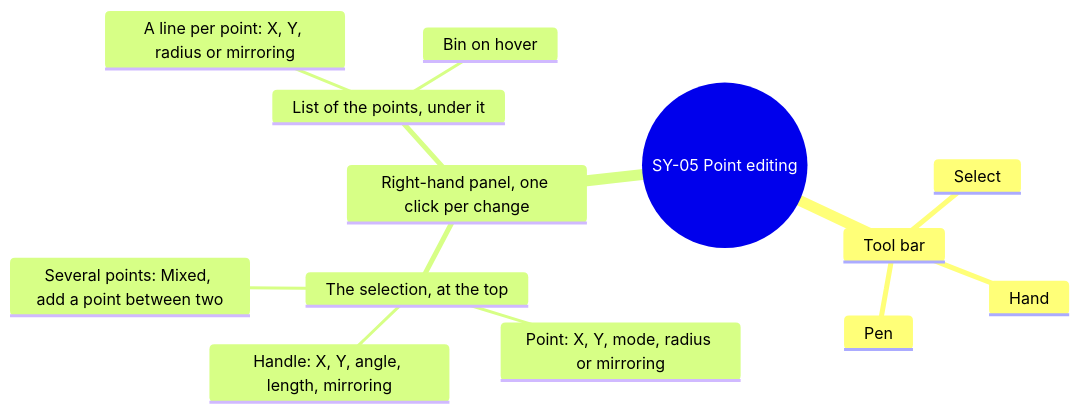
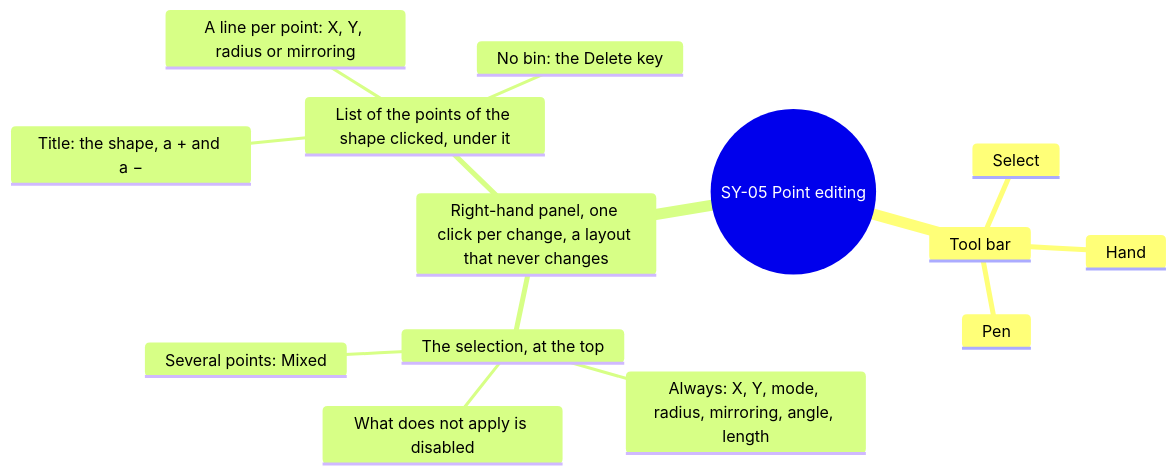
One commit to AlexandreGallais/synoptic-studio-spec changed the seventh of 16 diagrams in screens/symbols.md. Above: the diagram before and after it, drawn with Mermaid. The commit also changed other lines of this file and 5 other files, not shown here.

First line of the commit message:
docs(symbols): rework the point editing panel after the second review

````diff
--- a/screens/symbols.md
+++ b/screens/symbols.md
@@ -327,16 +327,17 @@
 ```mermaid
 mindmap
   root((SY-05 Point editing))
     Tool bar
       Select
       Hand
       Pen
-    Right-hand panel, one click per change
+    Right-hand panel, one click per change, a layout that never changes
       The selection, at the top
-        Point: X, Y, mode, radius or mirroring
-        Handle: X, Y, angle, length, mirroring
-        Several points: Mixed, add a point between two
-      List of the points, under it
+        Always: X, Y, mode, radius, mirroring, angle, length
+        What does not apply is disabled
+        Several points: Mixed
+      List of the points of the shape clicked, under it
+        Title: the shape, a + and a −
         A line per point: X, Y, radius or mirroring
-        Bin on hover
+        No bin: the Delete key
 ```
````
